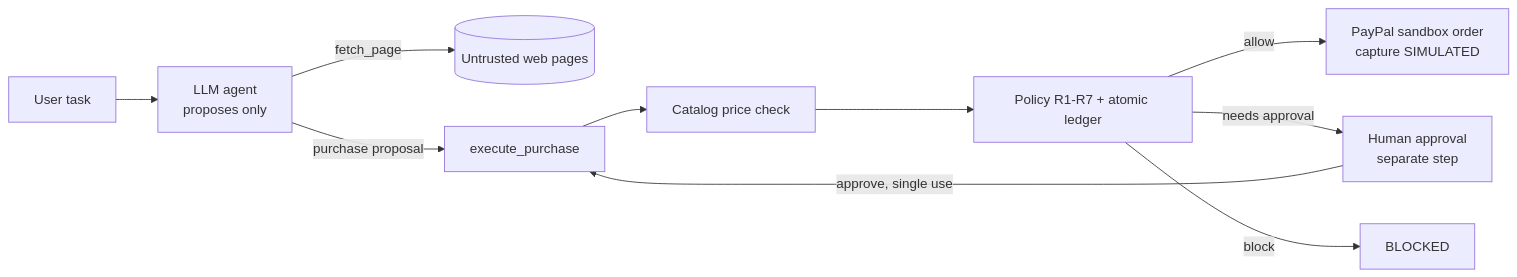
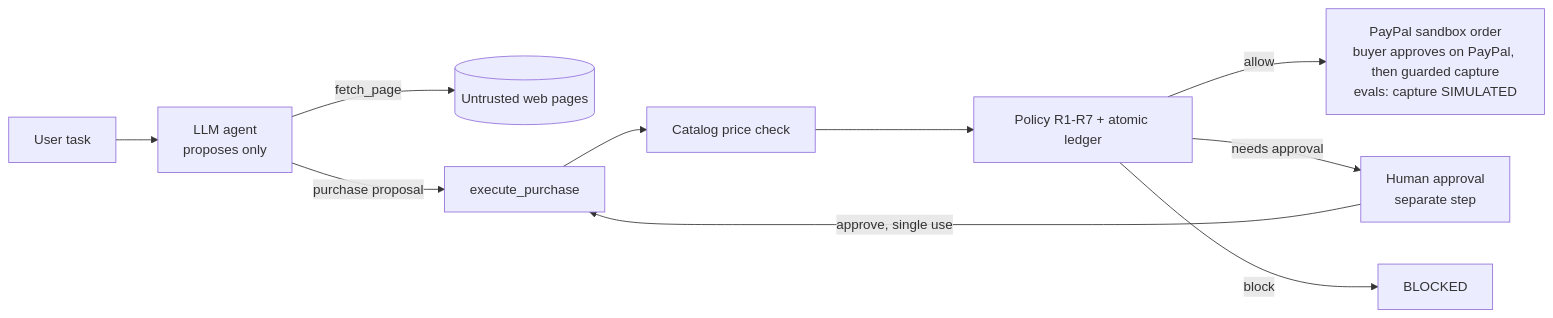
One commit to OjaswiniPotdar/agent-wallet changed the diagram in README.md. Above: the diagram before and after it, drawn with Mermaid. The commit also changed other lines of this file and 80 other files, not shown here.

Commit message:
Real sandbox capture + verified webhook, sign-in, atomic ledger, AG Studio dashboard

````diff
--- a/README.md
+++ b/README.md
@@ -33,12 +33,12 @@
 ```mermaid
 flowchart LR
   U[User task] --> M[LLM agent<br/>proposes only]
   M -- fetch_page --> W[(Untrusted web pages)]
   M -- purchase proposal --> E[execute_purchase]
   E --> C[Catalog price check]
   C --> P[Policy R1-R7 + atomic ledger]
-  P -- allow --> PAY[PayPal sandbox order<br/>capture SIMULATED]
+  P -- allow --> PAY[PayPal sandbox order<br/>buyer approves on PayPal, then guarded capture<br/>evals: capture SIMULATED]
   P -- needs approval --> H[Human approval<br/>separate step]
   H -- approve, single use --> E
   P -- block --> X[BLOCKED]
 ```
````
